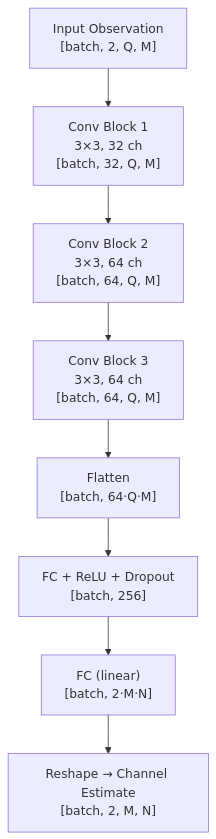
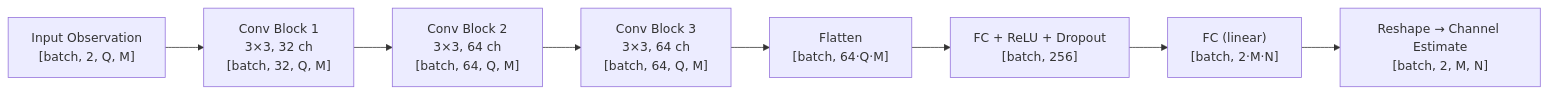
Before and after one commit to piyushk6626/RIS-Channel-Estimation-Using-CNN-: the third of 4 diagrams in REPORT.md, drawn with Mermaid. The commit also changed other lines of this file and 9 other files, not shown here.

````diff
--- a/REPORT.md
+++ b/REPORT.md
@@ -534,13 +534,13 @@
 ```mermaid
-flowchart TD
+flowchart LR
     I["Input Observation\n[batch, 2, Q, M]"]
     C1["Conv Block 1\n3×3, 32 ch\n[batch, 32, Q, M]"]
     C2["Conv Block 2\n3×3, 64 ch\n[batch, 64, Q, M]"]
     C3["Conv Block 3\n3×3, 64 ch\n[batch, 64, Q, M]"]
     FL["Flatten\n[batch, 64·Q·M]"]
     FC1["FC + ReLU + Dropout\n[batch, 256]"]
     FC2["FC (linear)\n[batch, 2·M·N]"]
     O["Reshape → Channel Estimate\n[batch, 2, M, N]"]
 
     I --> C1 --> C2 --> C3 --> FL --> FC1 --> FC2 --> O
 ```
````
